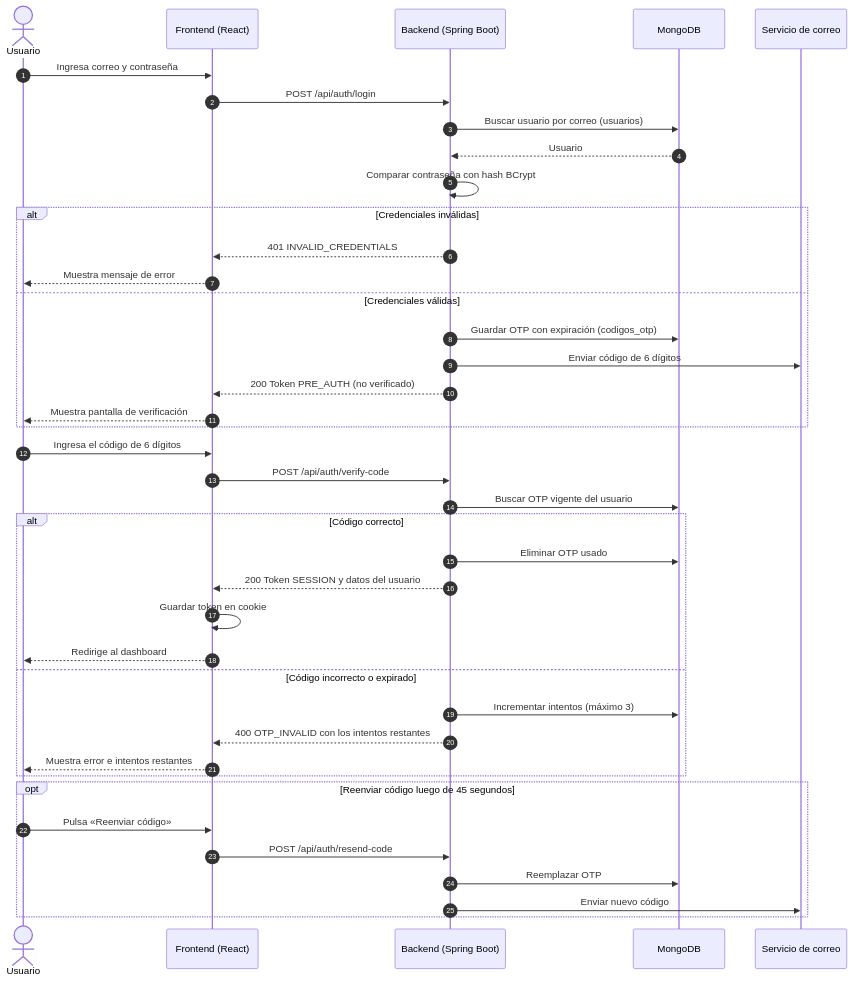
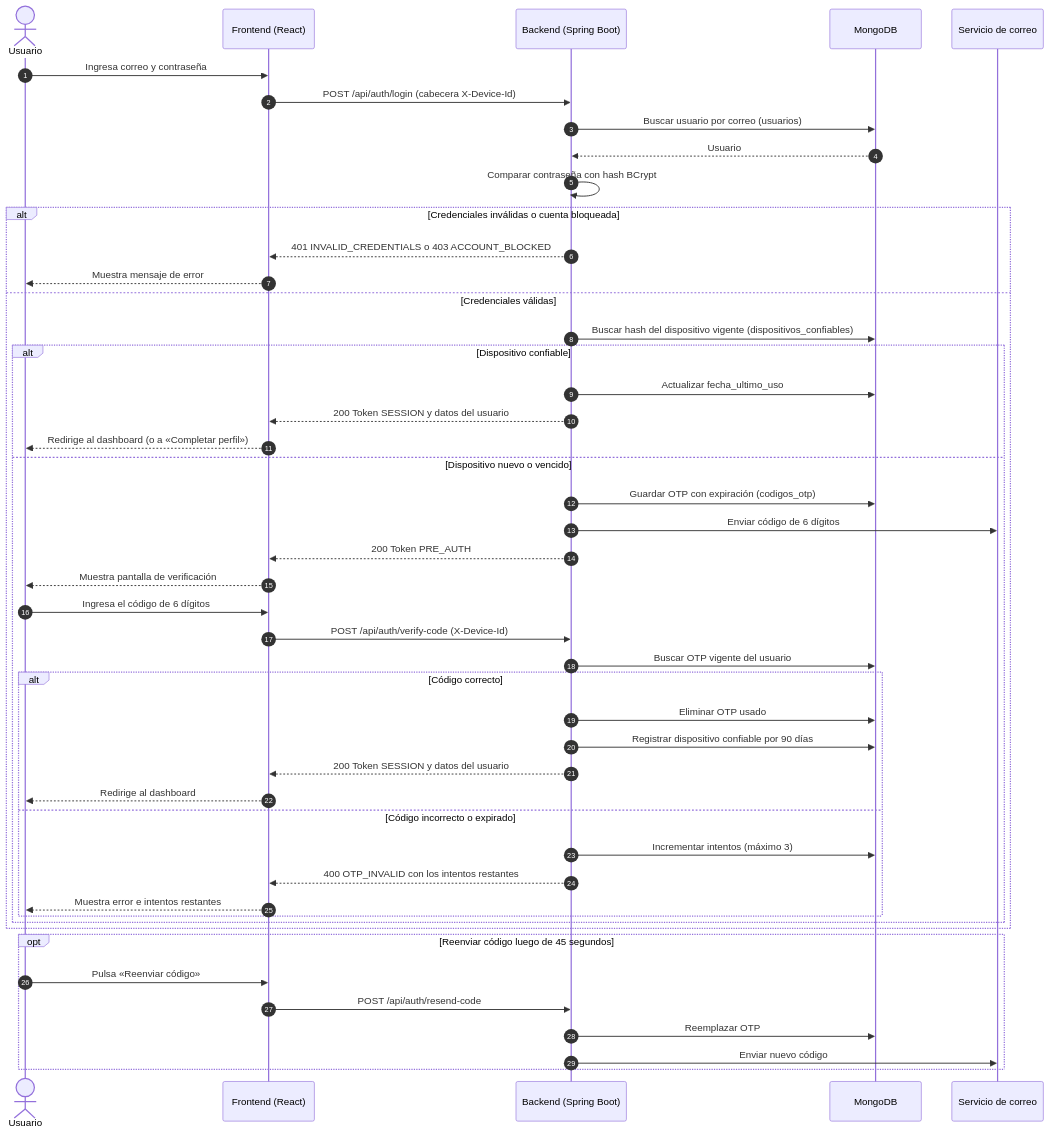
One commit to manuelguarniz/mono-movilidad-colaborativa changed the sixth of 13 diagrams in README.md. Above: the diagram before and after it, drawn with Mermaid. The commit also changed other lines of this file and 54 other files, not shown here.

````diff
--- a/README.md
+++ b/README.md
@@ -521,45 +960,51 @@
 ```mermaid
 sequenceDiagram
     autonumber
     actor U as Usuario
     participant FE as Frontend (React)
     participant API as Backend (Spring Boot)
     participant DB as MongoDB
     participant MAIL as Servicio de correo
 
     U->>FE: Ingresa correo y contraseña
-    FE->>API: POST /api/auth/login
+    FE->>API: POST /api/auth/login (cabecera X-Device-Id)
     API->>DB: Buscar usuario por correo (usuarios)
     DB-->>API: Usuario
     API->>API: Comparar contraseña con hash BCrypt
-    alt Credenciales inválidas
-        API-->>FE: 401 INVALID_CREDENTIALS
+    alt Credenciales inválidas o cuenta bloqueada
+        API-->>FE: 401 INVALID_CREDENTIALS o 403 ACCOUNT_BLOCKED
         FE-->>U: Muestra mensaje de error
     else Credenciales válidas
-        API->>DB: Guardar OTP con expiración (codigos_otp)
-        API->>MAIL: Enviar código de 6 dígitos
-        API-->>FE: 200 Token PRE_AUTH (no verificado)
-        FE-->>U: Muestra pantalla de verificación
-    end
-
-    U->>FE: Ingresa el código de 6 dígitos
-    FE->>API: POST /api/auth/verify-code
-    API->>DB: Buscar OTP vigente del usuario
-    alt Código correcto
-        API->>DB: Eliminar OTP usado
-        API-->>FE: 200 Token SESSION y datos del usuario
-        FE->>FE: Guardar token en cookie
-        FE-->>U: Redirige al dashboard
-    else Código incorrecto o expirado
-        API->>DB: Incrementar intentos (máximo 3)
-        API-->>FE: 400 OTP_INVALID con los intentos restantes
-        FE-->>U: Muestra error e intentos restantes
+        API->>DB: Buscar hash del dispositivo vigente (dispositivos_confiables)
+        alt Dispositivo confiable
+            API->>DB: Actualizar fecha_ultimo_uso
+            API-->>FE: 200 Token SESSION y datos del usuario
+            FE-->>U: Redirige al dashboard (o a «Completar perfil»)
+        else Dispositivo nuevo o vencido
+            API->>DB: Guardar OTP con expiración (codigos_otp)
+            API->>MAIL: Enviar código de 6 dígitos
+            API-->>FE: 200 Token PRE_AUTH
+            FE-->>U: Muestra pantalla de verificación
+            U->>FE: Ingresa el código de 6 dígitos
+            FE->>API: POST /api/auth/verify-code (X-Device-Id)
+            API->>DB: Buscar OTP vigente del usuario
+            alt Código correcto
+                API->>DB: Eliminar OTP usado
+                API->>DB: Registrar dispositivo confiable por 90 días
+                API-->>FE: 200 Token SESSION y datos del usuario
+                FE-->>U: Redirige al dashboard
+            else Código incorrecto o expirado
+                API->>DB: Incrementar intentos (máximo 3)
+                API-->>FE: 400 OTP_INVALID con los intentos restantes
+                FE-->>U: Muestra error e intentos restantes
+            end
+        end
     end
 
     opt Reenviar código luego de 45 segundos
         U->>FE: Pulsa «Reenviar código»
         FE->>API: POST /api/auth/resend-code
         API->>DB: Reemplazar OTP
         API->>MAIL: Enviar nuevo código
     end
 ```
````
